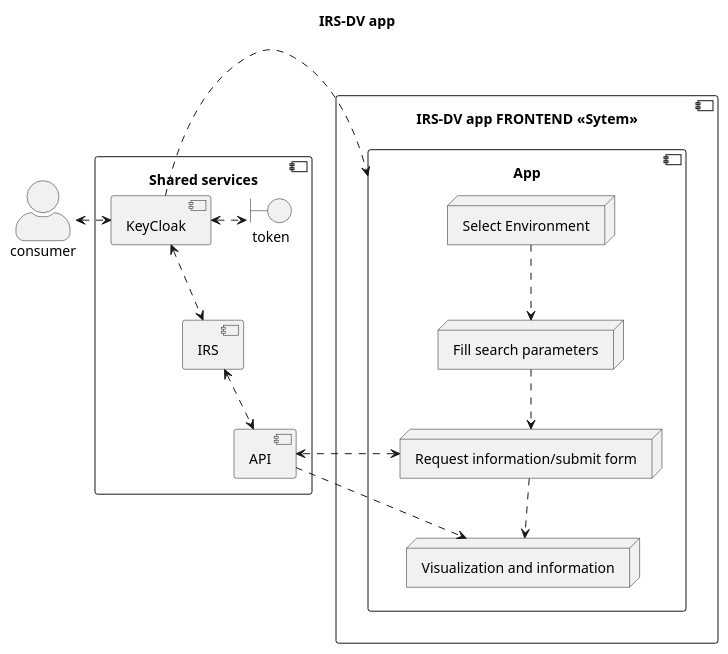
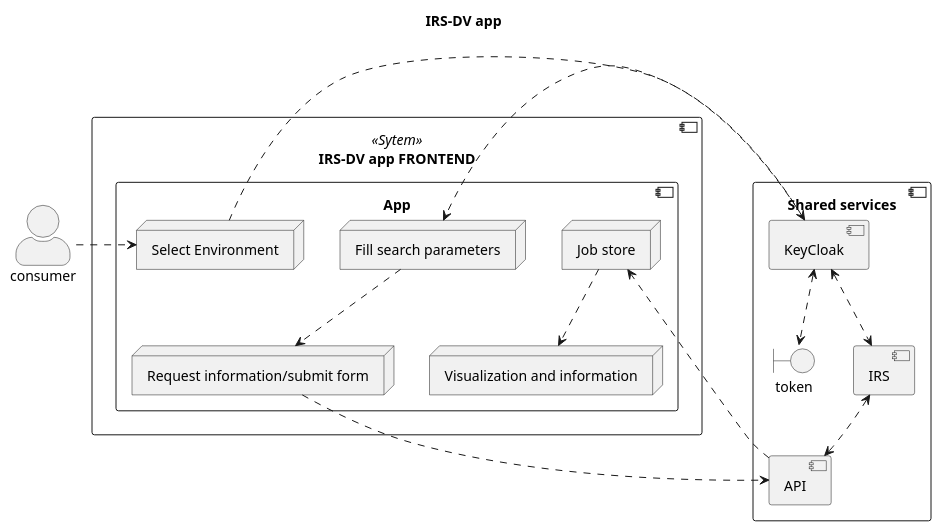
Before and after one commit to zlalvani/product-item-relationship-service-frontend: the diagram in docs/puml-diagrams/whitebox-overview.puml, drawn with PlantUML. The commit also changed 4 other files, not shown here.

Commit message:
docs: update/fix graphs

```diff
--- a/docs/puml-diagrams/whitebox-overview.puml
+++ b/docs/puml-diagrams/whitebox-overview.puml
@@ -1,39 +1,44 @@
 @startuml
 title: IRS-DV app
 skinparam actorStyle awesome
 actor consumer as user
 
 
-component "IRS-DV app FRONTEND <<Sytem>>" as irsdv {
+component "IRS-DV app FRONTEND" as irsdv <<Sytem>> {
 
 component App as mainPage {
 
 node "Fill search parameters" as parameters 
 node "Select Environment" as env
 node "Request information/submit form" as button
 node "Visualization and information" as visual
+node "Job store" as store
 
 } 
 }
 
 
 component "Shared services" {
 component "KeyCloak" as keycloak
 boundary "token" as token
 component "IRS" as irs
 component "API" as api
 }
 
 
 
-user <.> keycloak
-keycloak <.> token
+user .> env
+env .> keycloak
+keycloak <..> token
 keycloak <..> irs
-keycloak .> mainPage
+keycloak .> parameters
+
 irs <..> api
-env ..> parameters 
+
 parameters ..> button
-button <.> api
-button ..> visual
-api .> visual
+button ..> api
+api .> store
+
+store ..> visual
+
 @enduml
```
